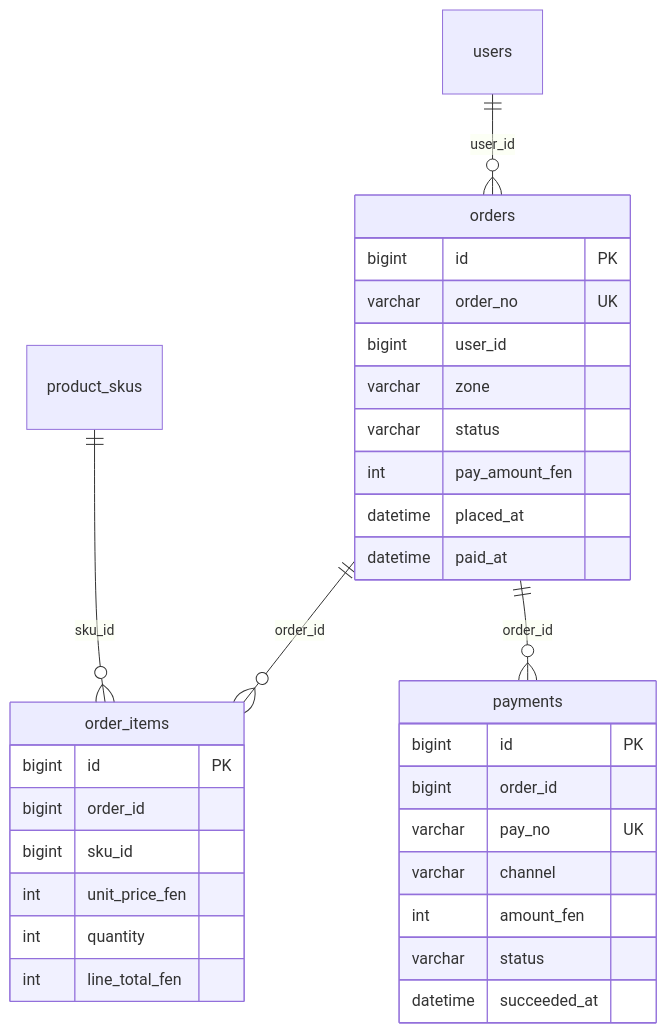
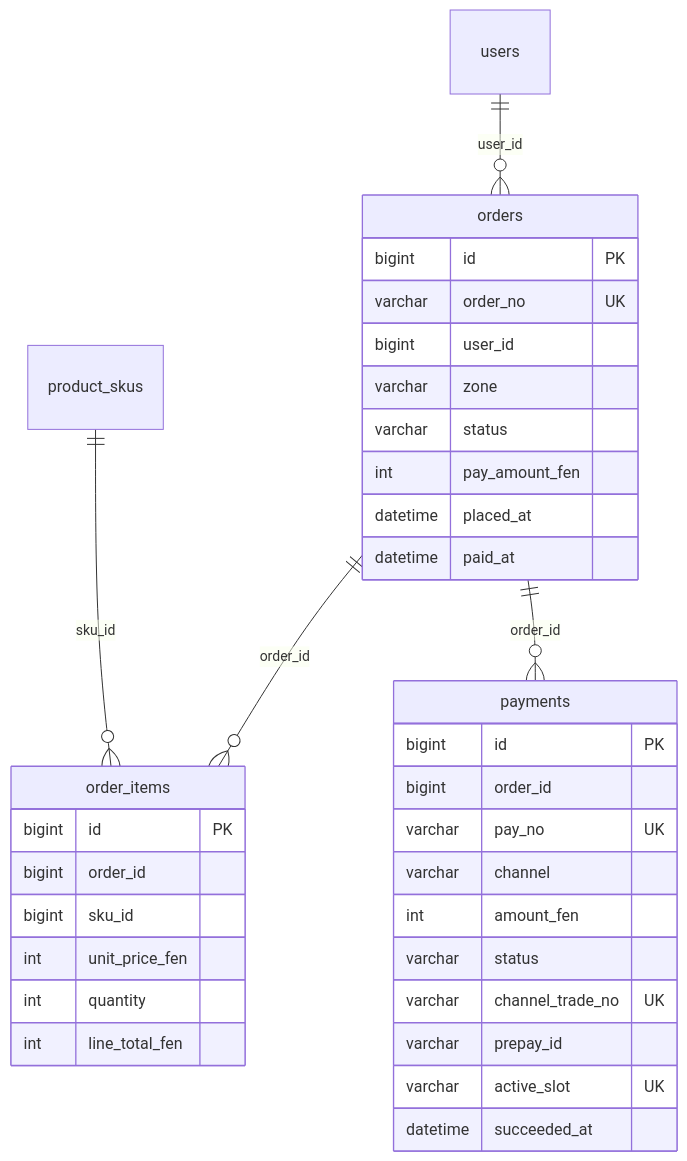
The diagram in docs/er/03-orders.mmd (songyunhmiLY/aurel-mall-api), drawn with Mermaid before and after one commit. The commit also changed 52 other files, not shown here.

```diff
--- a/docs/er/03-orders.mmd
+++ b/docs/er/03-orders.mmd
@@ -1,33 +1,36 @@
 erDiagram
   users ||--o{ orders : "user_id"
   orders ||--o{ order_items : "order_id"
   product_skus ||--o{ order_items : "sku_id"
   orders ||--o{ payments : "order_id"
 
   orders {
     bigint id PK
     varchar order_no UK
     bigint user_id
     varchar zone
     varchar status
     int pay_amount_fen
     datetime placed_at
     datetime paid_at
   }
   order_items {
     bigint id PK
     bigint order_id
     bigint sku_id
     int unit_price_fen
     int quantity
     int line_total_fen
   }
   payments {
     bigint id PK
     bigint order_id
     varchar pay_no UK
     varchar channel
     int amount_fen
     varchar status
+    varchar channel_trade_no UK
+    varchar prepay_id
+    varchar active_slot UK
     datetime succeeded_at
   }
```
